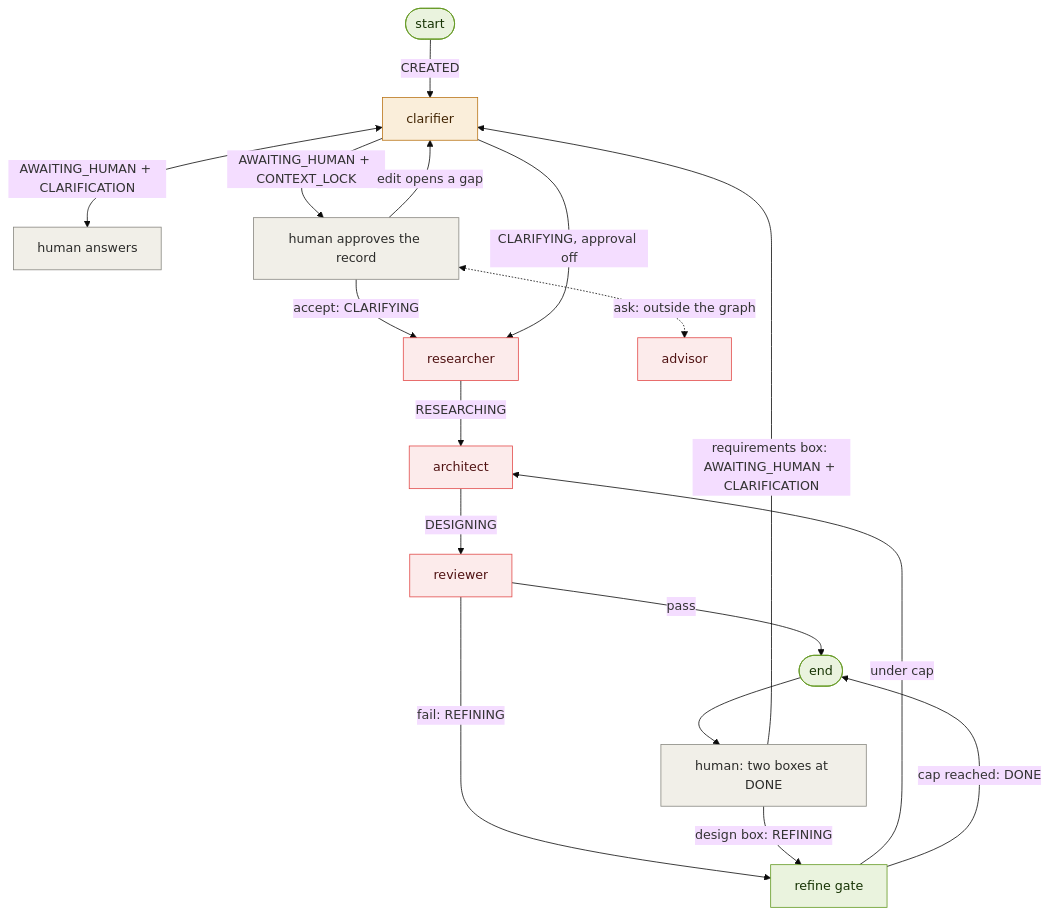
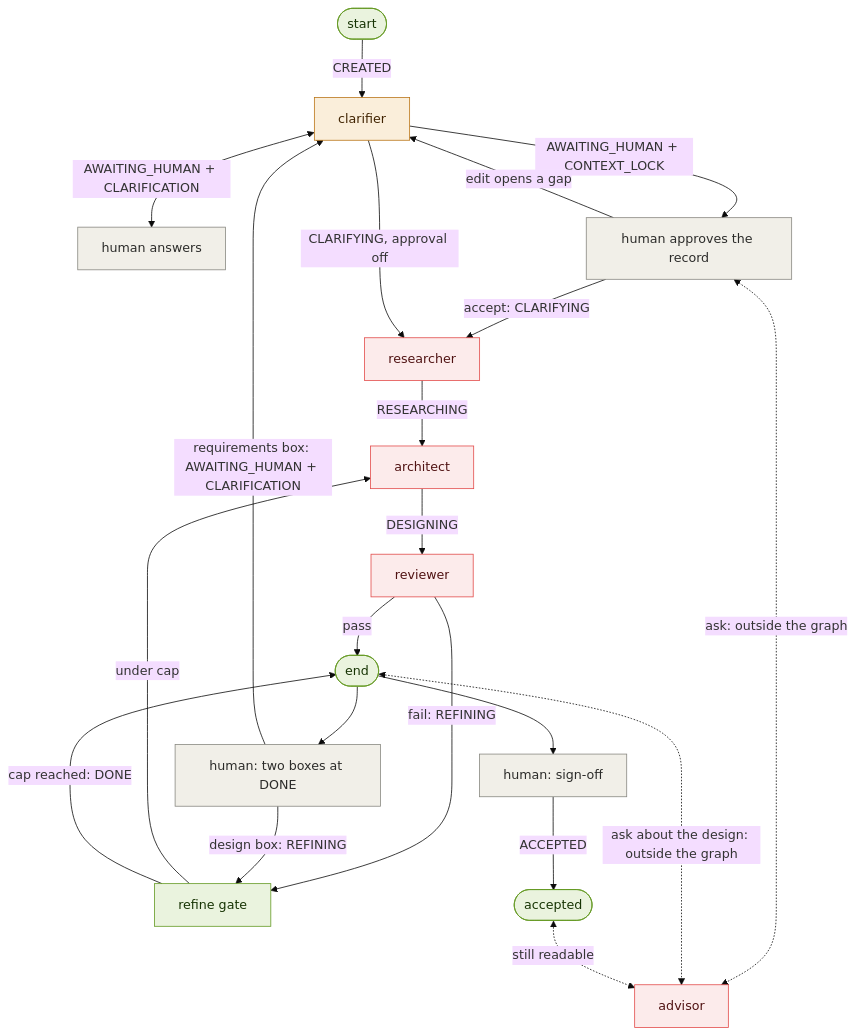
The diagram in pipeline/DETERMINISM_MAP.md (drachenjmj/AI-Architect), drawn with Mermaid (base theme) before and after one commit. The commit also changed other lines of this file and 10 other files, not shown here.

````diff
--- a/pipeline/DETERMINISM_MAP.md
+++ b/pipeline/DETERMINISM_MAP.md
@@ -18,29 +18,33 @@
 ```mermaid
 flowchart TD
     start([start]) -->|CREATED| clarifier
     clarifier <-->|AWAITING_HUMAN + CLARIFICATION| ask[human answers]
     clarifier -->|AWAITING_HUMAN + CONTEXT_LOCK| gate[human approves the record]
     gate -->|accept: CLARIFYING| researcher
     gate -->|edit opens a gap| clarifier
     gate <-.->|ask: outside the graph| advisor
     clarifier -->|CLARIFYING, approval off| researcher
     researcher -->|RESEARCHING| architect
     architect -->|DESIGNING| reviewer
     reviewer -->|pass| done([end])
     reviewer -->|fail: REFINING| gate2[refine gate]
     gate2 -->|under cap| architect
     gate2 -->|cap reached: DONE| done
     done --> feedback[human: two boxes at DONE]
     feedback -->|requirements box: AWAITING_HUMAN + CLARIFICATION| clarifier
     feedback -->|design box: REFINING| gate2
+    done <-.->|ask about the design: outside the graph| advisor
+    done --> signoff[human: sign-off]
+    signoff -->|ACCEPTED| accepted([accepted])
+    accepted <-.->|still readable| advisor
 
     classDef code fill:#EAF3DE,stroke:#639922,color:#173404;
     classDef hybrid fill:#FAEEDA,stroke:#BA7517,color:#412402;
     classDef llm fill:#FCEBEB,stroke:#E24B4A,color:#501313;
     classDef human fill:#F1EFE8,stroke:#888780,color:#2C2C2A;
 
-    class start,done,gate2 code;
+    class start,done,accepted,gate2 code;
     class clarifier hybrid;
     class researcher,architect,reviewer,advisor llm;
-    class ask,gate,feedback human;
+    class ask,gate,feedback,signoff human;
 ```
````
